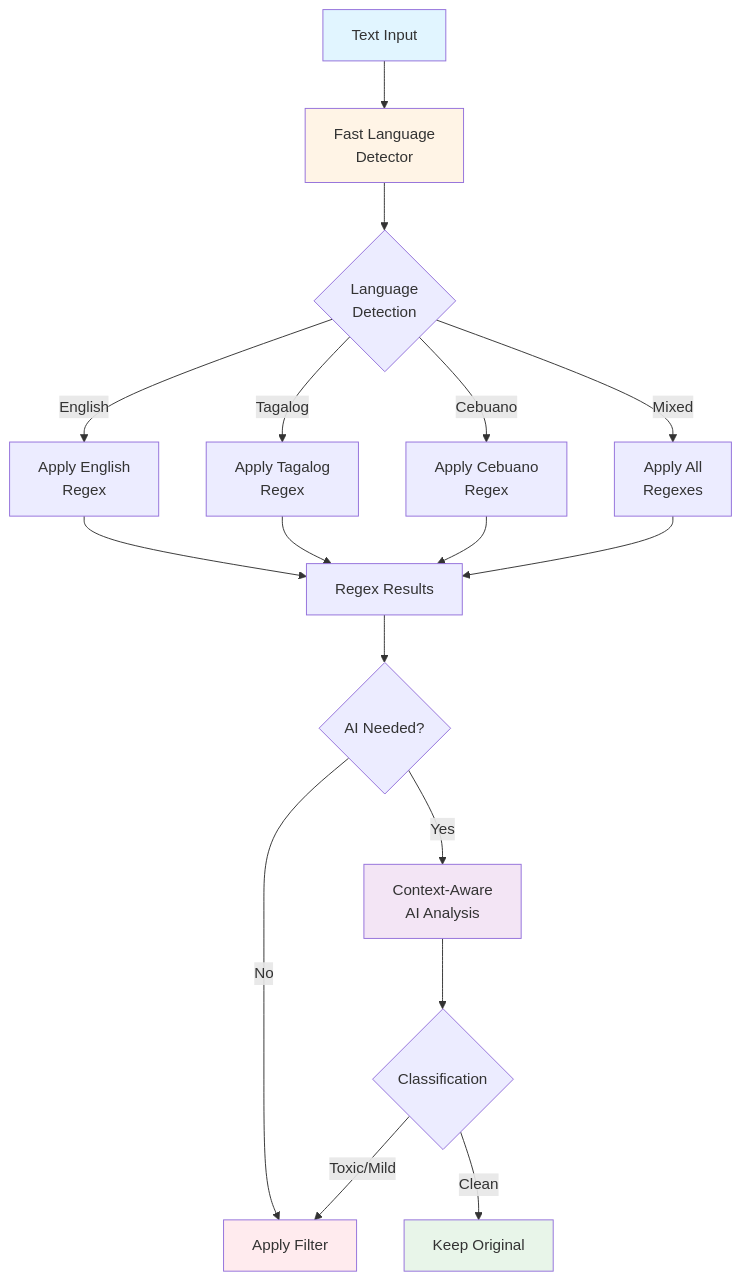
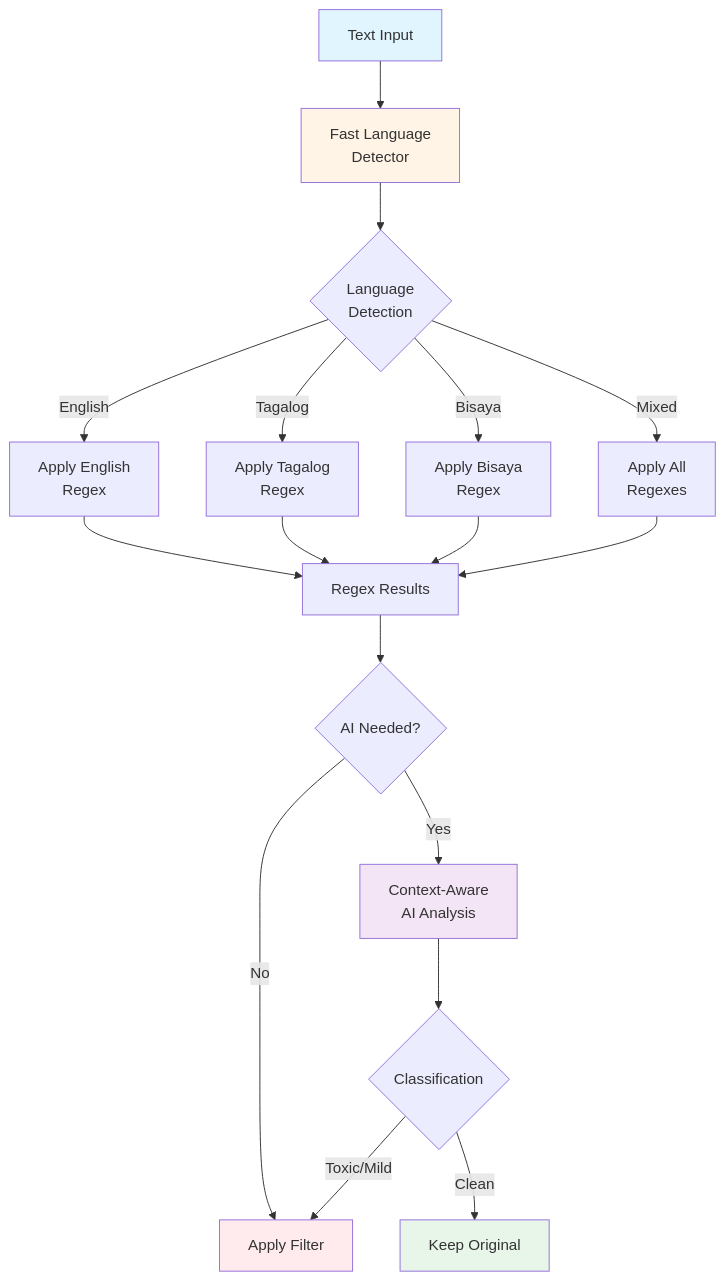
One commit to shinjitsue/JoSan changed the third of 4 diagrams in README.md. Above: the diagram before and after it, drawn with Mermaid. The commit also changed other lines of this file, not shown here.

Commit message:
docs: update README with AI architecture diagrams

````diff
--- a/README.md
+++ b/README.md
@@ -434,32 +434,32 @@
 ```mermaid
 graph TD
     A[Text Input] --> B[Fast Language<br/>Detector]
 
     B --> C{Language<br/>Detection}
 
     C -->|English| D[Apply English<br/>Regex]
     C -->|Tagalog| E[Apply Tagalog<br/>Regex]
-    C -->|Cebuano| F[Apply Cebuano<br/>Regex]
+    C -->|Bisaya| F[Apply Bisaya<br/>Regex]
     C -->|Mixed| G[Apply All<br/>Regexes]
 
     D --> H[Regex Results]
     E --> H
     F --> H
     G --> H
 
     H --> I{AI Needed?}
 
     I -->|Yes| J[Context-Aware<br/>AI Analysis]
     I -->|No| K[Apply Filter]
 
     J --> L{Classification}
 
     L -->|Toxic/Mild| K
     L -->|Clean| M[Keep Original]
 
     style A fill:#e1f5ff
     style B fill:#fff4e6
     style J fill:#f3e5f5
     style M fill:#e8f5e9
     style K fill:#ffebee
 ```
````
